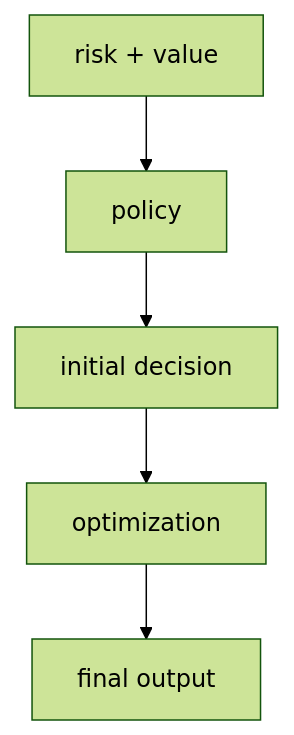
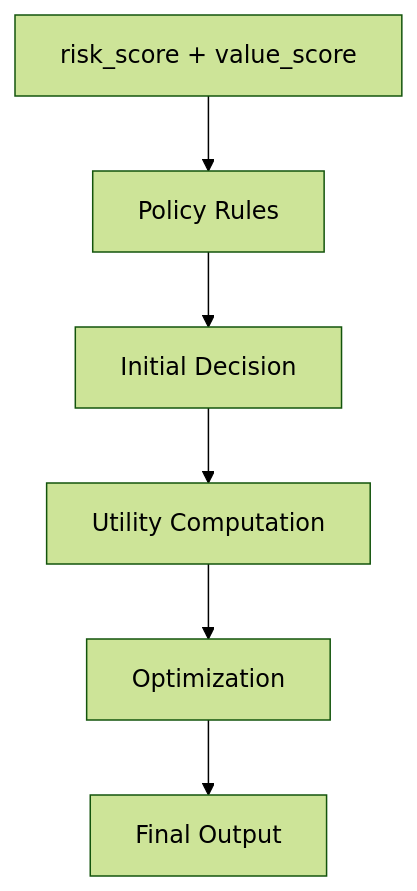
Before and after one commit to manuelpeba/football-decision-engine: the second of 2 diagrams in README.md, drawn with Mermaid (forest theme). The commit also changed other lines of this file, not shown here.

First line of the commit message:
docs(readme): elevate README to decision intelligence system (final version)

````diff
--- a/README.md
+++ b/README.md
@@ -73,7 +158,8 @@
 ``` mermaid
 flowchart TD
-    A[risk + value] --> B[policy]
-    B --> C[initial decision]
-    C --> D[optimization]
-    D --> E[final output]
+    A[risk_score + value_score] --> B[Policy Rules]
+    B --> C[Initial Decision]
+    C --> D[Utility Computation]
+    D --> E[Optimization]
+    E --> F[Final Output]
 ```
````
